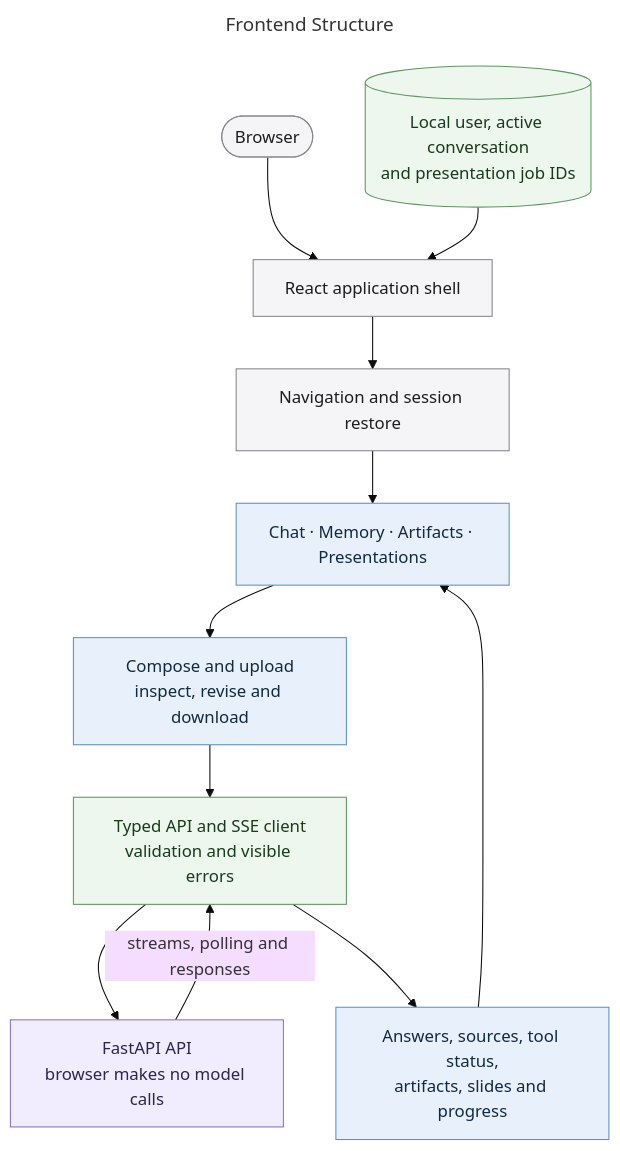
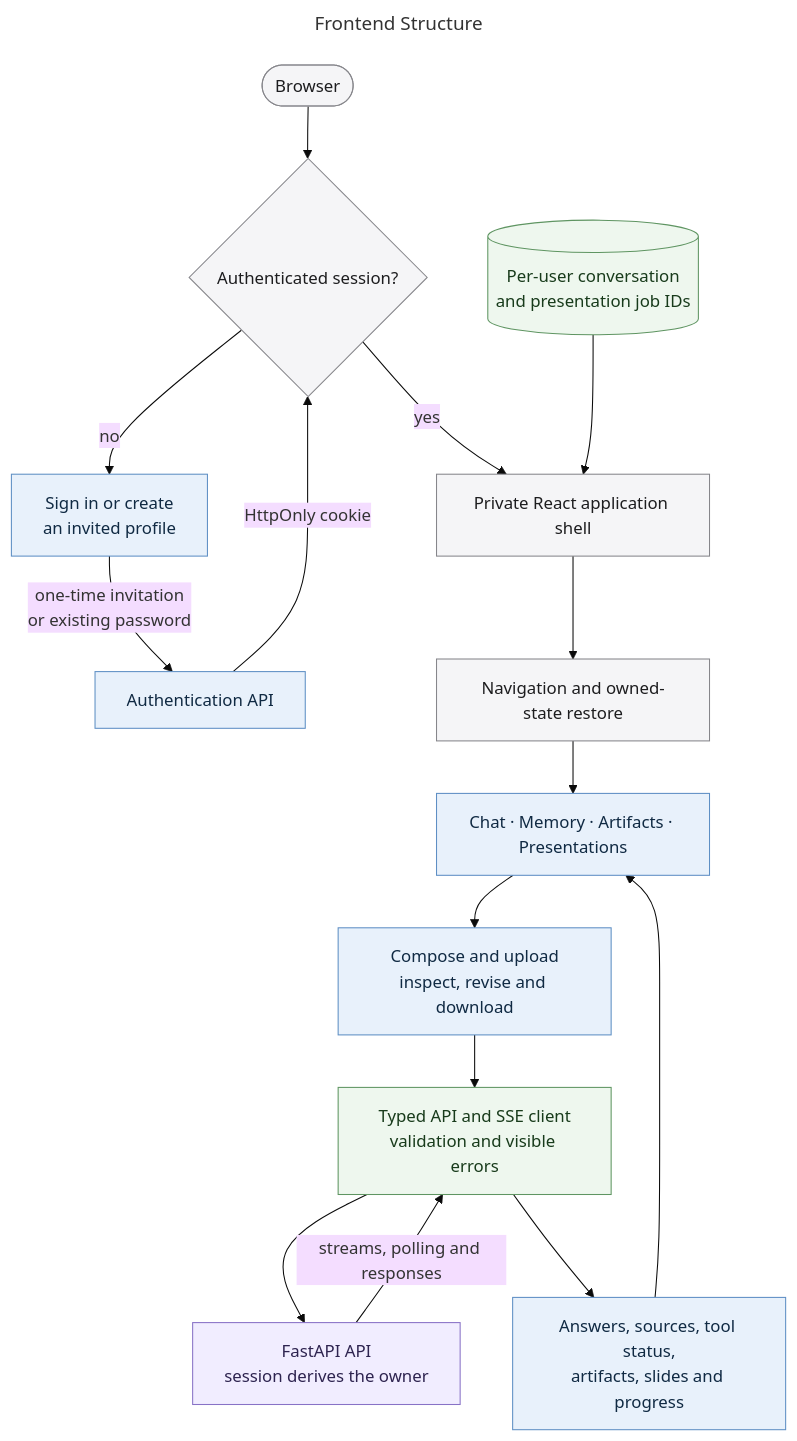
Before and after one commit to MallyaAni/PersonalAssistant: the diagram in docs/diagrams/frontend-subsystem.mmd, drawn with Mermaid (base theme). The commit also changed 90 other files, not shown here.

First line of the commit message:
feat: invited identity with revocable sessions, and one truth for the profile

```diff
--- a/docs/diagrams/frontend-subsystem.mmd
+++ b/docs/diagrams/frontend-subsystem.mmd
@@ -1,23 +1,27 @@
 ---
 title: Frontend Structure
 ---
 flowchart TB
-    Browser([Browser]) --> App[React application shell]
-    Session[(Local user, active conversation<br/>and presentation job IDs)] --> App
-    App --> Restore[Navigation and session restore]
+    Browser([Browser]) --> Gate{Authenticated session?}
+    Gate -->|no| Login[Sign in or create<br/>an invited profile]
+    Login -->|one-time invitation<br/>or existing password| Auth[Authentication API]
+    Auth -->|HttpOnly cookie| Gate
+    Gate -->|yes| App[Private React application shell]
+    Session[(Per-user conversation<br/>and presentation job IDs)] --> App
+    App --> Restore[Navigation and owned-state restore]
     Restore --> Views[Chat · Memory · Artifacts · Presentations]
     Views --> Actions[Compose and upload<br/>inspect, revise and download]
     Actions --> Client[Typed API and SSE client<br/>validation and visible errors]
-    Client --> Backend[FastAPI API<br/>browser makes no model calls]
+    Client --> Backend[FastAPI API<br/>session derives the owner]
     Backend -->|streams, polling and responses| Client
     Client --> Results[Answers, sources, tool status,<br/>artifacts, slides and progress]
     Results --> Views
 
     classDef shell fill:#f5f5f7,stroke:#86868b,color:#1d1d1f;
     classDef component fill:#e8f1fb,stroke:#5e8fc4,color:#102a43;
     classDef boundary fill:#eef7ee,stroke:#5f9562,color:#183b1b;
     classDef external fill:#f1edff,stroke:#8872c6,color:#2e2450;
-    class Browser,App,Restore shell;
-    class Views,Actions,Results component;
+    class Browser,Gate,App,Restore shell;
+    class Login,Auth,Views,Actions,Results component;
     class Session,Client boundary;
     class Backend external;
```
